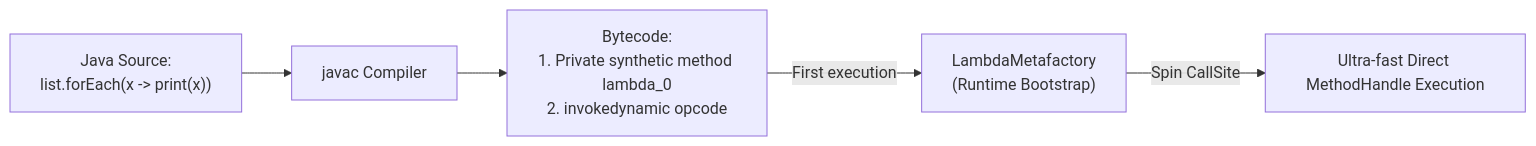
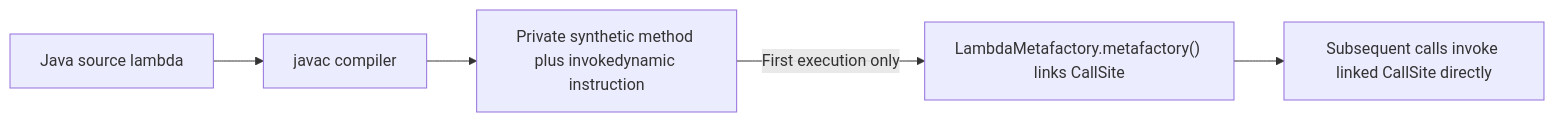
Before and after one commit to ravishankar2463/java_hub: the third of 3 diagrams in content/roadmap/level-4/lambdas-and-functional-interfaces.md, drawn with Mermaid. The commit also changed other lines of this file and 119 other files, not shown here.

Commit message:
feat: add comprehensive java learning roadmap content across multiple levels

````diff
--- a/content/roadmap/level-4/lambdas-and-functional-interfaces.md
+++ b/content/roadmap/level-4/lambdas-and-functional-interfaces.md
@@ -72,13 +332,7 @@
 ```mermaid
 flowchart LR
-    Source["Java Source:<br/>list.forEach(x -&gt; print(x))"]
-    Javac["javac Compiler"]
-    Bytecode["Bytecode:<br/>1. Private synthetic method lambda_0<br/>2. invokedynamic opcode"]
-    Metafactory["LambdaMetafactory<br/>(Runtime Bootstrap)"]
-    DirectCall["Ultra-fast Direct MethodHandle Execution"]
-
-    Source --> Javac
-    Javac --> Bytecode
-    Bytecode -->|"First execution"| Metafactory
-    Metafactory -->|"Spin CallSite"| DirectCall
+    source["Java source lambda"] --> javac["javac compiler"]
+    javac --> bytecode["Private synthetic method plus invokedynamic instruction"]
+    bytecode -->|"First execution only"| bootstrap["LambdaMetafactory.metafactory() links CallSite"]
+    bootstrap --> direct["Subsequent calls invoke linked CallSite directly"]
 ```
````
